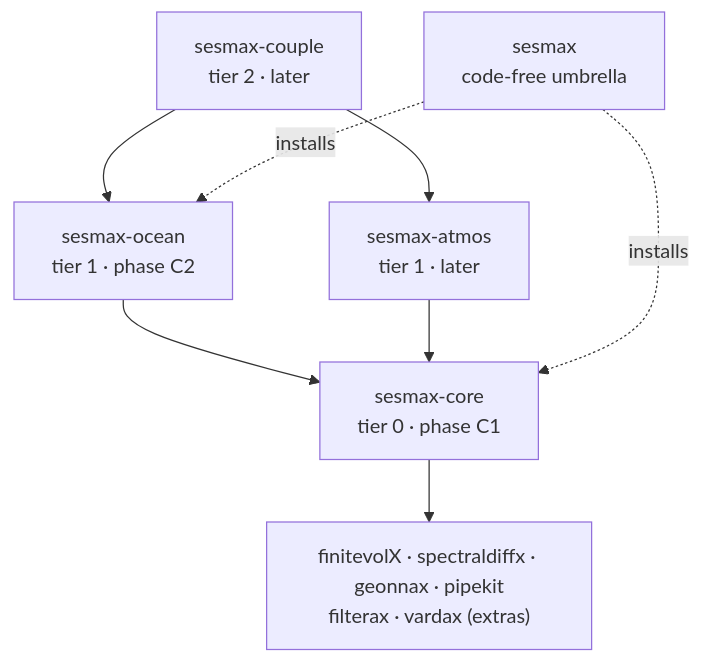
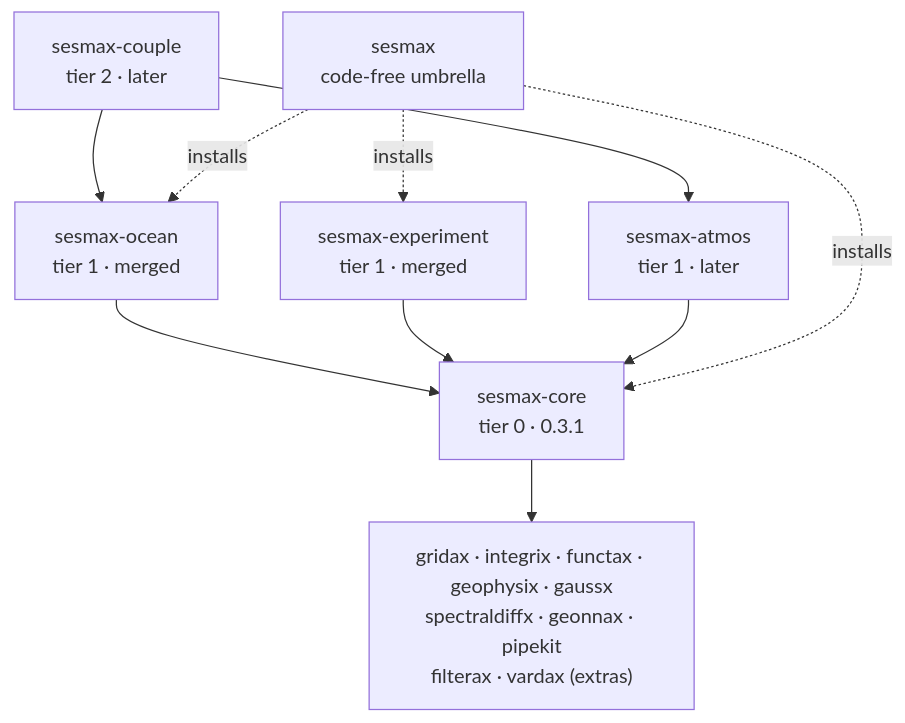
Before and after one commit to jejjohnson/sesmax: the diagram in docs/design/workspace_and_core.md, drawn with Mermaid. The commit also changed other lines of this file, not shown here.

Commit message:
docs(design): the core page says what the core holds today and what changed since the plan

````diff
--- a/docs/design/workspace_and_core.md
+++ b/docs/design/workspace_and_core.md
@@ -71,16 +140,19 @@
-```{mermaid}
+```mermaid
 flowchart TD
     couple["sesmax-couple<br/>tier 2 · later"]
-    ocean["sesmax-ocean<br/>tier 1 · phase C2"]
+    ocean["sesmax-ocean<br/>tier 1 · merged"]
+    exp["sesmax-experiment<br/>tier 1 · merged"]
     atmos["sesmax-atmos<br/>tier 1 · later"]
-    core["sesmax-core<br/>tier 0 · phase C1"]
-    stack["finitevolX · spectraldiffx · geonnax · pipekit<br/>filterax · vardax (extras)"]
+    core["sesmax-core<br/>tier 0 · 0.3.1"]
+    stack["gridax · integrix · functax · geophysix · gaussx<br/>spectraldiffx · geonnax · pipekit<br/>filterax · vardax (extras)"]
     umbrella["sesmax<br/>code-free umbrella"]
     couple --> ocean
     couple --> atmos
     ocean --> core
+    exp --> core
     atmos --> core
     core --> stack
     umbrella -.installs.-> core
     umbrella -.installs.-> ocean
+    umbrella -.installs.-> exp
 ```
````
